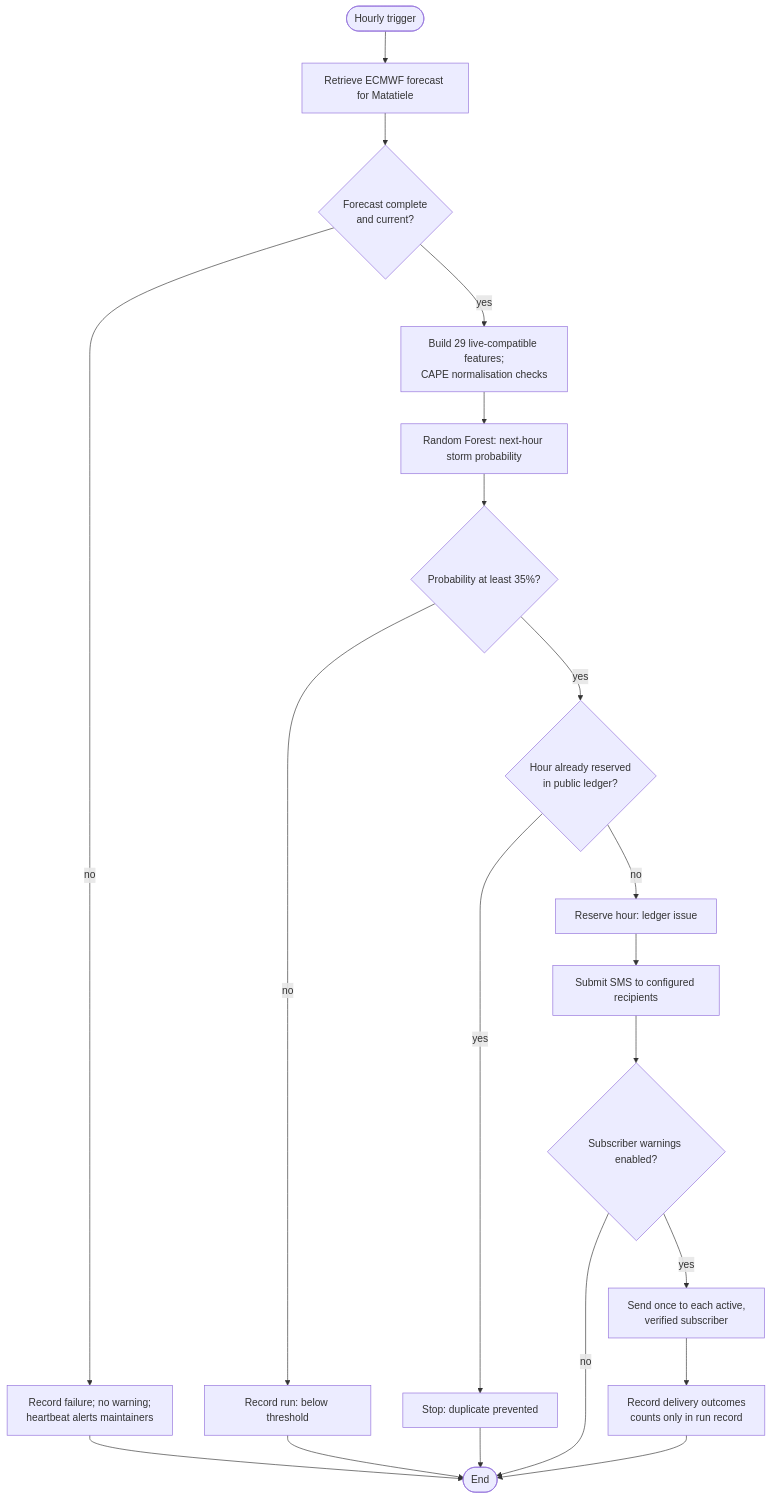
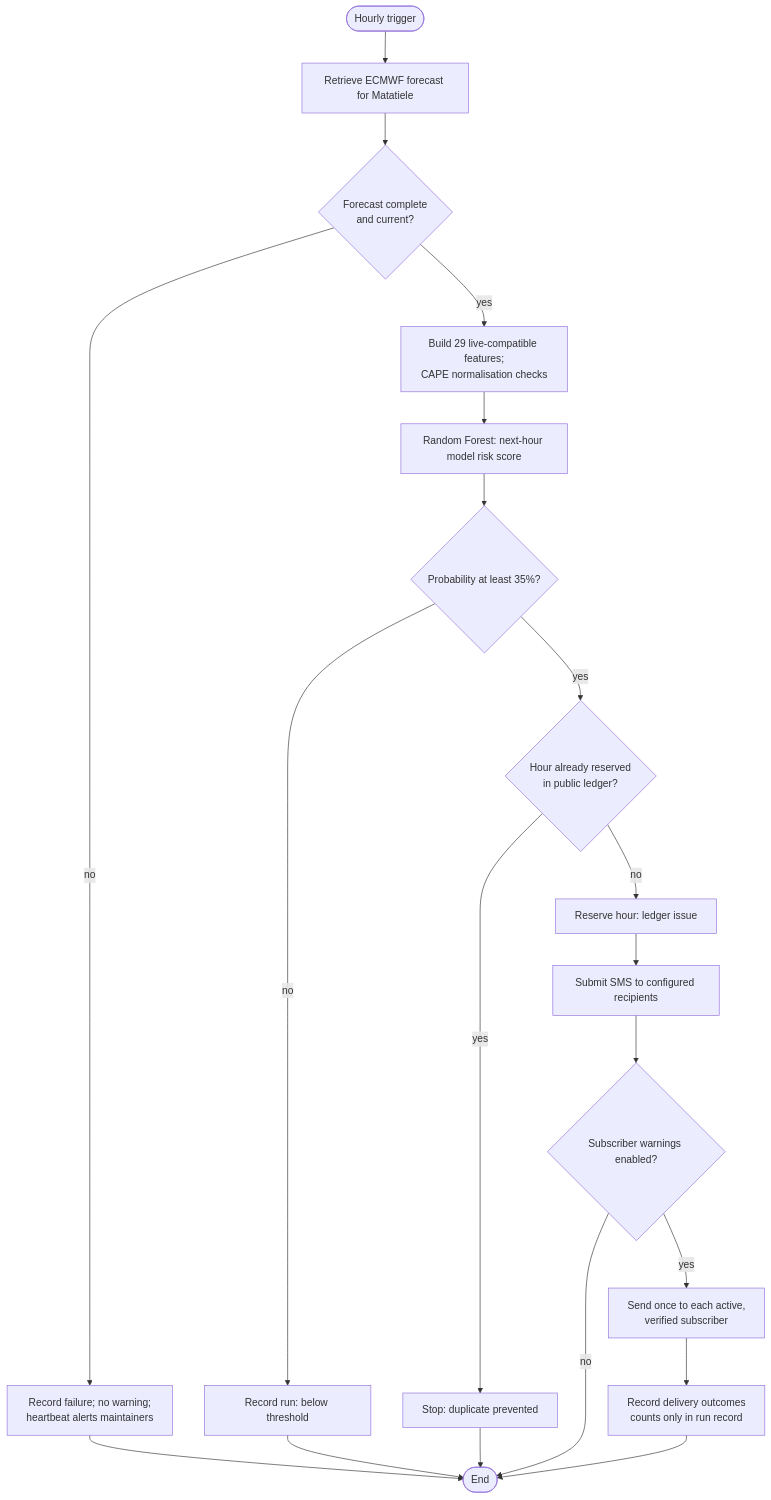
Before and after one commit to mdvar2/matatiele-storm-early-warning-system: the second of 5 diagrams in docs/SYSTEM_DESIGN.md, drawn with Mermaid. The commit also changed 27 other files, not shown here.

````diff
--- a/docs/SYSTEM_DESIGN.md
+++ b/docs/SYSTEM_DESIGN.md
@@ -76,18 +76,18 @@
 ```mermaid
 flowchart TD
   S([Hourly trigger]) --> F[Retrieve ECMWF forecast for Matatiele]
   F --> V{Forecast complete<br/>and current?}
   V -- no --> X[Record failure; no warning;<br/>heartbeat alerts maintainers] --> E([End])
   V -- yes --> P[Build 29 live-compatible features;<br/>CAPE normalisation checks]
-  P --> M[Random Forest: next-hour storm probability]
+  P --> M[Random Forest: next-hour model risk score]
   M --> C{Probability at least 35%?}
   C -- no --> N[Record run: below threshold] --> E
   C -- yes --> L{Hour already reserved<br/>in public ledger?}
   L -- yes --> D[Stop: duplicate prevented] --> E
   L -- no --> R[Reserve hour: ledger issue]
   R --> T[Submit SMS to configured recipients]
   T --> Q{Subscriber warnings enabled?}
   Q -- no --> E
   Q -- yes --> U[Send once to each active,<br/>verified subscriber]
   U --> K[Record delivery outcomes<br/>counts only in run record] --> E
 ```
````
